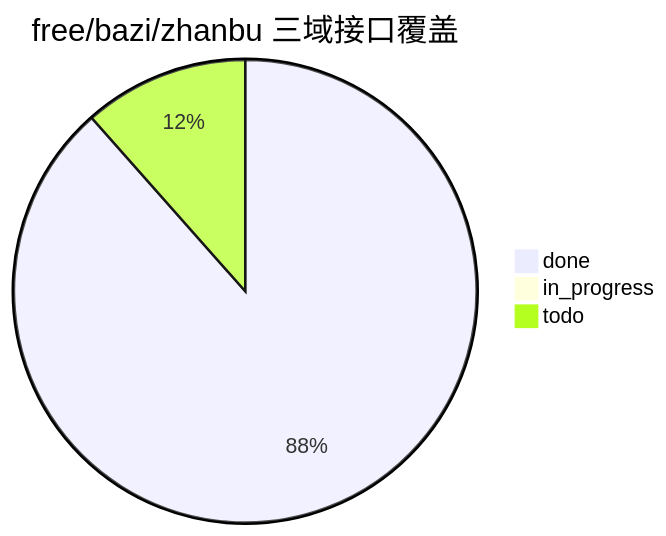
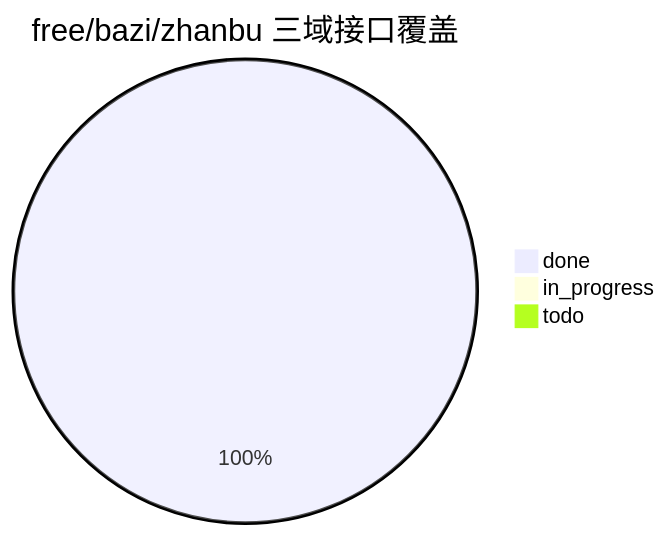
The diagram in docs/interface-catalog.md (Scorpio69t/yuanfenju-go-sdk), drawn with Mermaid before and after one commit. The commit also changed other lines of this file and 4 other files, not shown here.

````diff
--- a/docs/interface-catalog.md
+++ b/docs/interface-catalog.md
@@ -15,6 +15,6 @@
 ```mermaid
 pie title free/bazi/zhanbu 三域接口覆盖
-    "done" : 23
+    "done" : 26
     "in_progress" : 0
-    "todo" : 3
+    "todo" : 0
 ```
````
